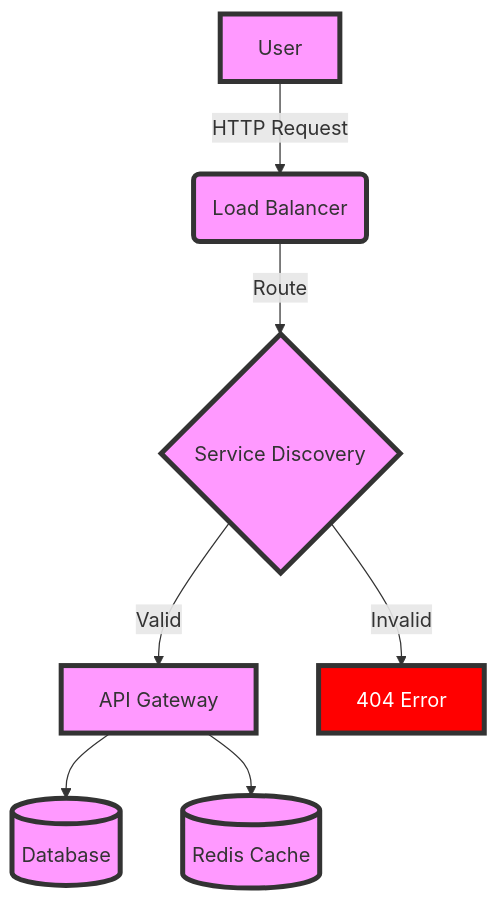
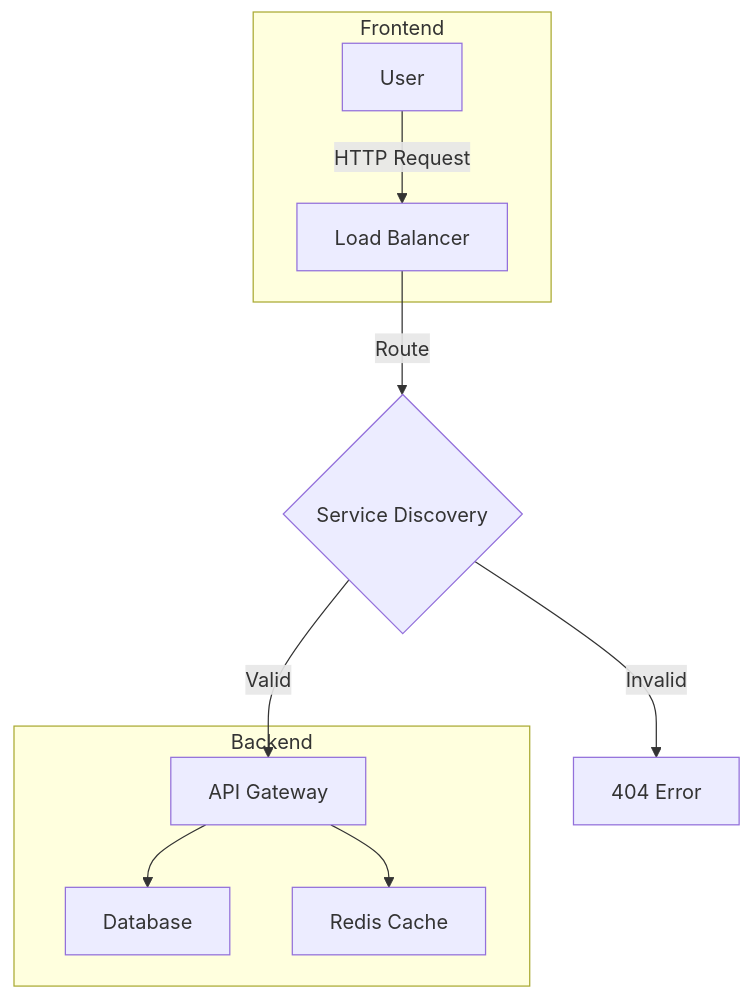
One commit to 1999AZZAR/mermaid-architect changed the diagram in assets/examples/microservice-arch.mmd. Above: the diagram before and after it, drawn with Mermaid. The commit also changed 5 other files, not shown here.

```diff
--- a/assets/examples/microservice-arch.mmd
+++ b/assets/examples/microservice-arch.mmd
@@ -1,15 +1,13 @@
-graph TD
-    %% Define Styles
-    classDef node fill:#f9f,stroke:#333,stroke-width:4px;
-    classDef important fill:#f00,color:#fff;
+flowchart TD
+    subgraph frontend [Frontend]
+        UserNode["User"] -->|HTTP Request| LoadBalancer["Load Balancer"]
+    end
 
-    A[User] -->|HTTP Request| B(Load Balancer)
-    B -->|Route| C{Service Discovery}
-    C -- Valid --> D[API Gateway]
-    C -- Invalid --> E[404 Error]
-    D --> F[(Database)]
-    D --> G[(Redis Cache)]
+    LoadBalancer -->|Route| ServiceDiscovery{"Service Discovery"}
+    ServiceDiscovery -->|Valid| ApiGateway["API Gateway"]
+    ServiceDiscovery -->|Invalid| Error404["404 Error"]
 
-    %% Apply Styles
-    class A node;
-    class E important;
+    subgraph backend [Backend]
+        ApiGateway --> Db["Database"]
+        ApiGateway --> Cache["Redis Cache"]
+    end
```
